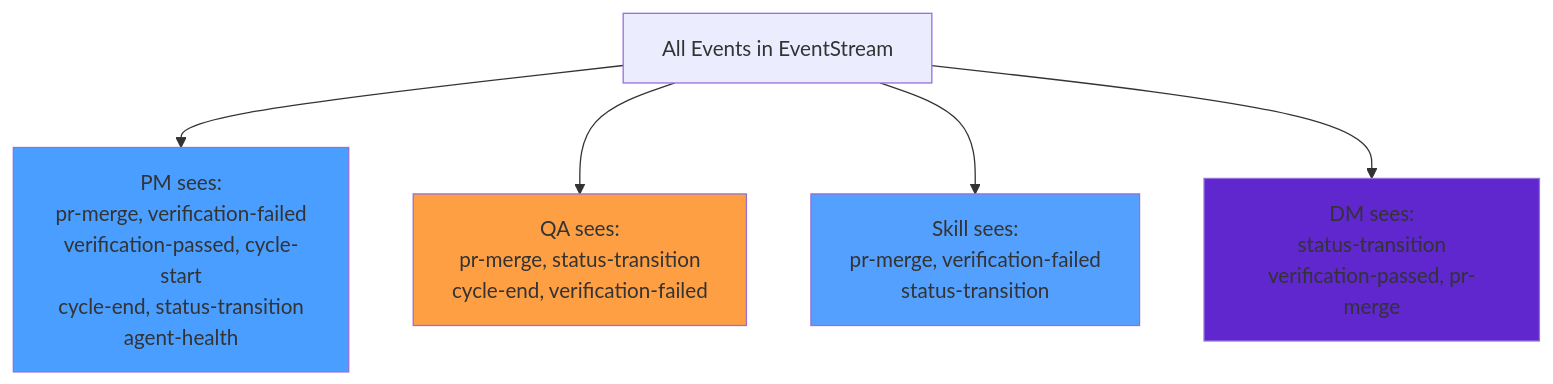
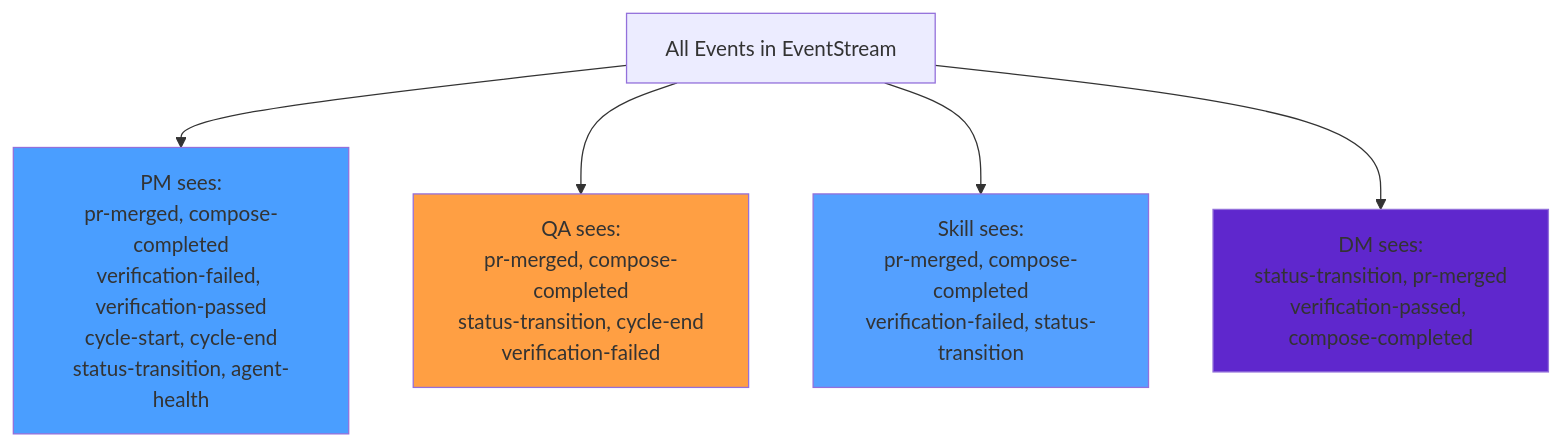
Before and after one commit to WallyDoodlez/SquidSquad: the fourth of 7 diagrams in docs/EVENT-BUS-ARCHITECTURE.md, drawn with Mermaid. The commit also changed other lines of this file and 2 other files, not shown here.

Commit message:
dm: dm: dm: cycle 885 — fix ​#7878: EVENT-BUS-ARCHITECTURE.md pr-merge→pr-merged + compose-completed

````diff
--- a/docs/EVENT-BUS-ARCHITECTURE.md
+++ b/docs/EVENT-BUS-ARCHITECTURE.md
@@ -139,14 +142,14 @@
 ```mermaid
 graph TD
     ALL["All Events in EventStream"]
 
-    ALL --> PM["PM sees:<br/>pr-merge, verification-failed<br/>verification-passed, cycle-start<br/>cycle-end, status-transition<br/>agent-health"]
-    ALL --> QA["QA sees:<br/>pr-merge, status-transition<br/>cycle-end, verification-failed"]
-    ALL --> SKILL["Skill sees:<br/>pr-merge, verification-failed<br/>status-transition"]
-    ALL --> DM["DM sees:<br/>status-transition<br/>verification-passed, pr-merge"]
+    ALL --> PM["PM sees:<br/>pr-merged, compose-completed<br/>verification-failed, verification-passed<br/>cycle-start, cycle-end<br/>status-transition, agent-health"]
+    ALL --> QA["QA sees:<br/>pr-merged, compose-completed<br/>status-transition, cycle-end<br/>verification-failed"]
+    ALL --> SKILL["Skill sees:<br/>pr-merged, compose-completed<br/>verification-failed, status-transition"]
+    ALL --> DM["DM sees:<br/>status-transition, pr-merged<br/>verification-passed, compose-completed"]
 
     style PM fill:#4a9eff
     style QA fill:#ff9f43
     style SKILL fill:#54a0ff
     style DM fill:#5f27cd
 ```
````
